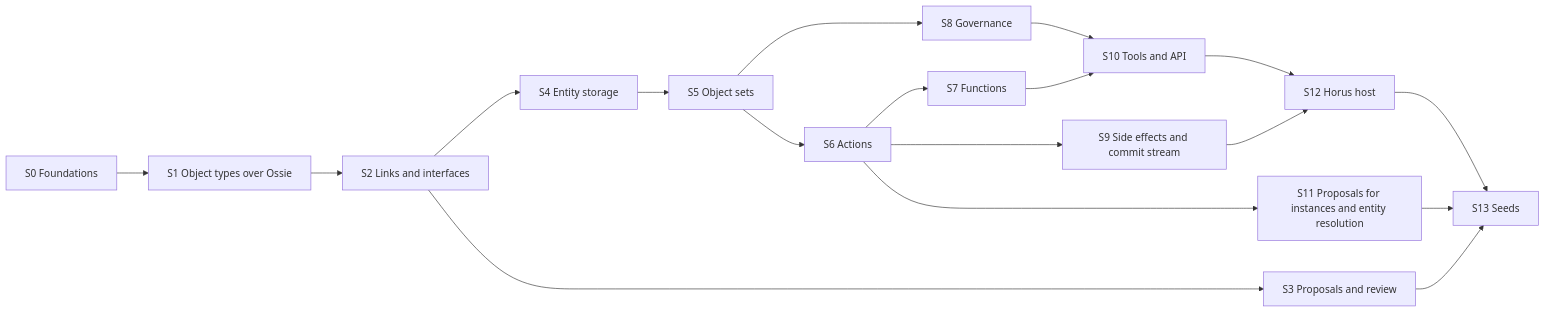
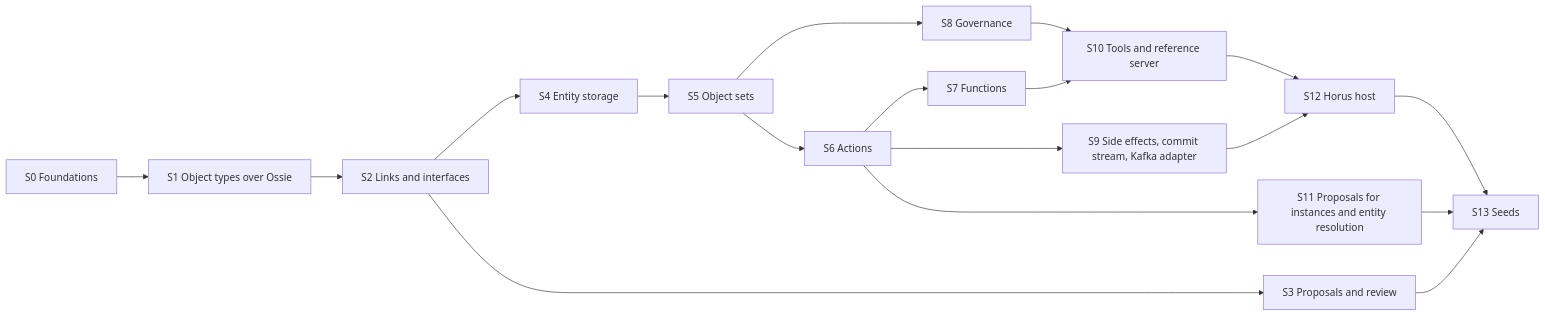
One commit to Christopheraburns/horus changed the fourth of 4 diagrams in docs/ONTOLOGY_PLAN.md. Above: the diagram before and after it, drawn with Mermaid. The commit also changed other lines of this file and 1 other file, not shown here.

````diff
--- a/docs/ONTOLOGY_PLAN.md
+++ b/docs/ONTOLOGY_PLAN.md
@@ -519,20 +596,20 @@
 ```mermaid
 flowchart LR
   s0[S0 Foundations] --> s1[S1 Object types over Ossie]
   s1 --> s2[S2 Links and interfaces]
   s2 --> s3[S3 Proposals and review]
   s2 --> s4[S4 Entity storage]
   s4 --> s5[S5 Object sets]
   s5 --> s6[S6 Actions]
   s6 --> s7[S7 Functions]
   s5 --> s8[S8 Governance]
-  s6 --> s9[S9 Side effects and commit stream]
-  s8 --> s10[S10 Tools and API]
+  s6 --> s9[S9 Side effects, commit stream, Kafka adapter]
+  s8 --> s10[S10 Tools and reference server]
   s7 --> s10
   s6 --> s11[S11 Proposals for instances and entity resolution]
   s10 --> s12[S12 Horus host]
   s9 --> s12
   s12 --> s13[S13 Seeds]
   s11 --> s13
   s3 --> s13
 ```
````
